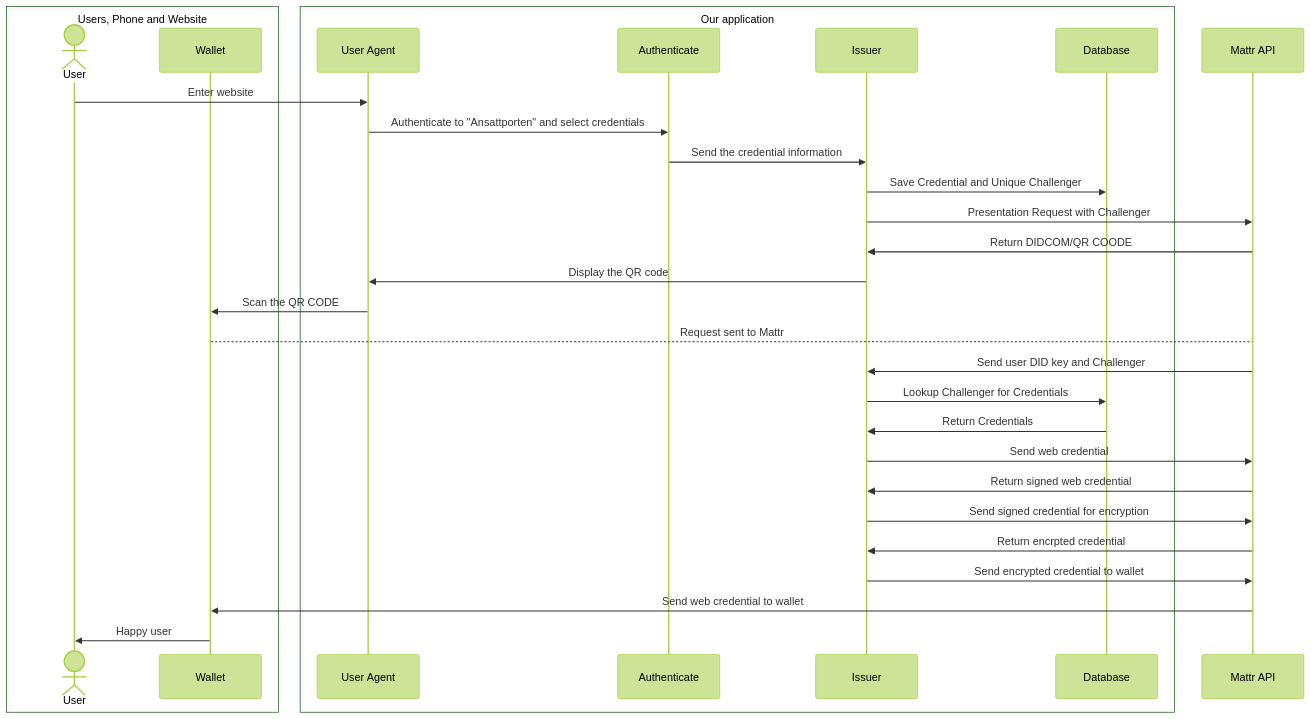
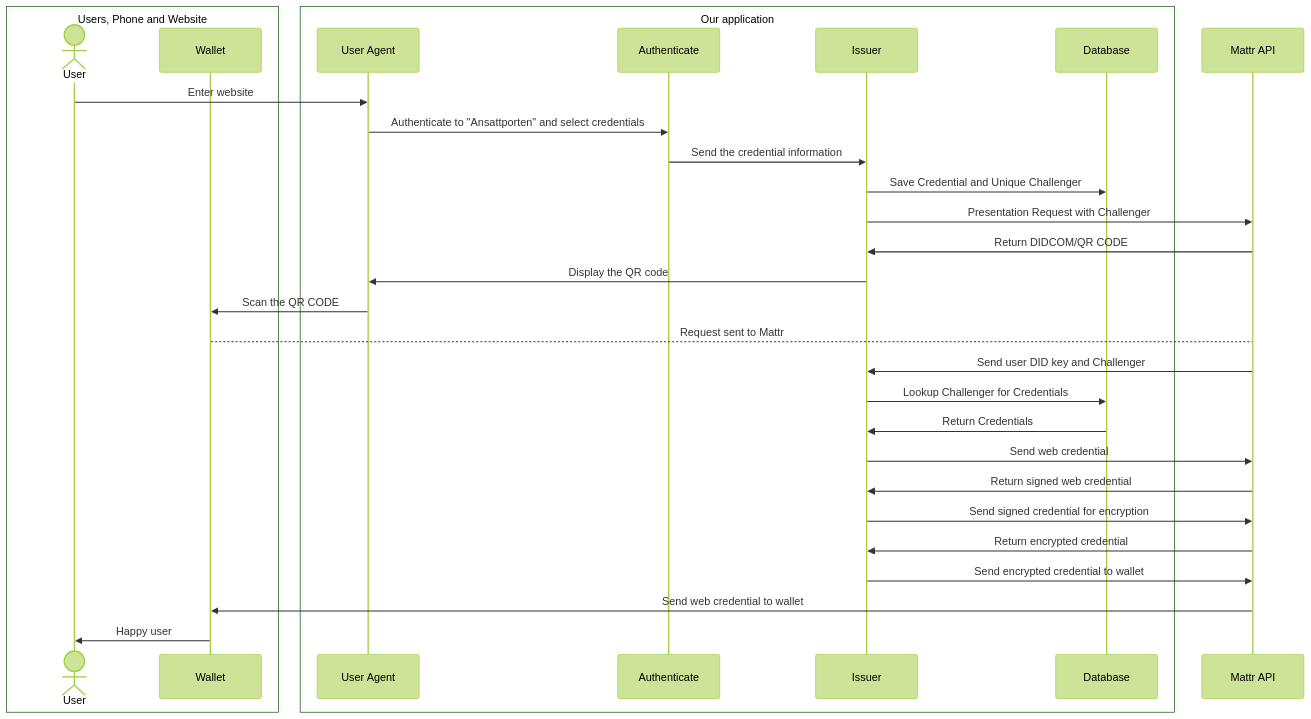
One commit to felleslosninger/dc24-eu-wallet changed the diagram in README.md. Above: the diagram before and after it, drawn with Mermaid (forest theme). The commit also changed other lines of this file, not shown here.

````diff
--- a/README.md
+++ b/README.md
@@ -135,37 +43,35 @@
 ```mermaid
 sequenceDiagram 
     box Users, Phone and Website
     Actor A as User
     participant W as Wallet
     END
     box Our application
     participant UA as User Agent
     participant AUTH as Authenticate
     participant I as Issuer
     participant db as Database
     end
     participant M as Mattr API
    
 
     A->>UA: Enter website
     UA->>AUTH: Authenticate to "Ansattporten" and select credentials
     AUTH->>I: Send the credential information
     I->>db: Save Credential and Unique Challenger
     I->>M: Presentation Request with Challenger
-    M->>I: Return DIDCOM/QR COODE
+    M->>I: Return DIDCOM/QR CODE
     I->>UA: Display the QR code
     UA->>W: Scan the QR CODE
     W-->M: Request sent to Mattr
     M->>I: Send user DID key and Challenger
     I->>db: Lookup Challenger for Credentials
     db->>I: Return Credentials
     I->>M: Send web credential
     M->>I: Return signed web credential
     I->>M: Send signed credential for encryption
-    M->>I: Return encrpted credential
+    M->>I: Return encrypted credential
     I->>M: Send encrypted credential to wallet
     M->>W: Send web credential to wallet 
     W->>A: Happy user
-
-  
 ```
````
